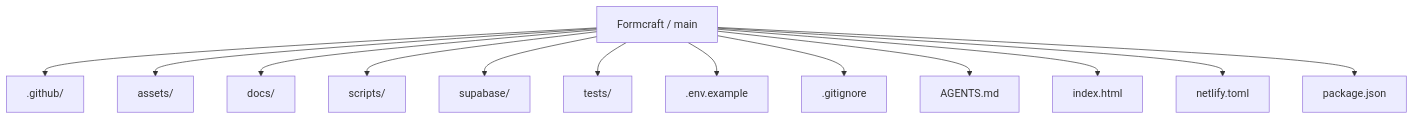
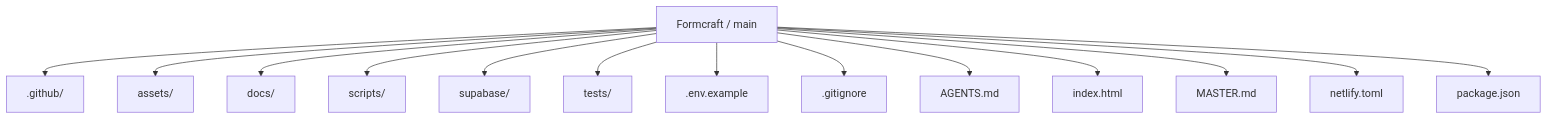
The first of 23 diagrams in README.md (Nischhalsubba/Formcraft), drawn with Mermaid before and after one commit. The commit also changed other lines of this file, not shown here.

Commit message:
docs: apply designer README standard

````diff
--- a/README.md
+++ b/README.md
@@ -56,16 +56,17 @@
 ```mermaid
 flowchart TD
     ROOT["Formcraft / main"]
     ROOT --> P0[".github/"]
     ROOT --> P1["assets/"]
     ROOT --> P2["docs/"]
     ROOT --> P3["scripts/"]
     ROOT --> P4["supabase/"]
     ROOT --> P5["tests/"]
     ROOT --> P6[".env.example"]
     ROOT --> P7[".gitignore"]
     ROOT --> P8["AGENTS.md"]
     ROOT --> P9["index.html"]
-    ROOT --> P10["netlify.toml"]
-    ROOT --> P11["package.json"]
+    ROOT --> P10["MASTER.md"]
+    ROOT --> P11["netlify.toml"]
+    ROOT --> P12["package.json"]
 ```
````
